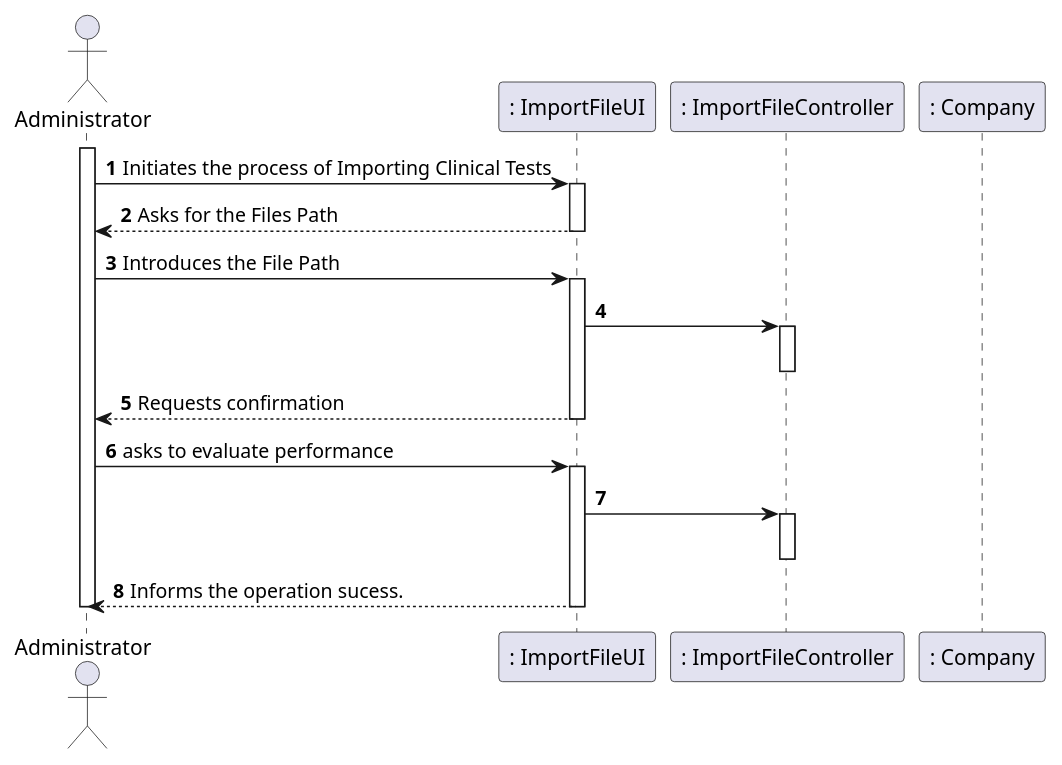
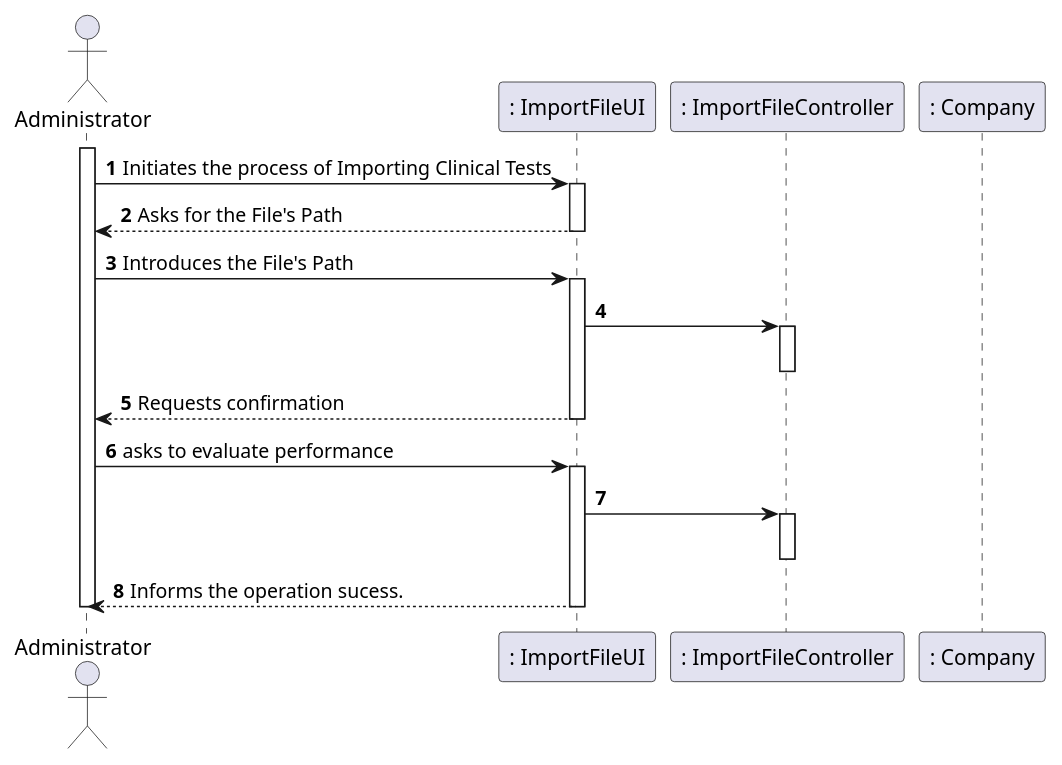
The diagram in docs/SprintD/US17/US17_SD.puml (manu-07-ela/LAPR2_ISEP), drawn with PlantUML before and after one commit. The commit also changed 4 other files, not shown here.

```diff
--- a/docs/SprintD/US17/US17_SD.puml
+++ b/docs/SprintD/US17/US17_SD.puml
@@ -1,36 +1,36 @@
 @startuml
 autonumber
 'hide footbox
 actor "Administrator" as ADMIN
 
 participant ": ImportFileUI" as UI
 participant ": ImportFileController" as CTRL
 participant ": Company" as COMP
 
 activate ADMIN
 ADMIN -> UI : Initiates the process of Importing Clinical Tests
 activate UI
-UI --> ADMIN : Asks for the Files Path
+UI --> ADMIN : Asks for the File's Path
 deactivate UI
 
-ADMIN -> UI : Introduces the File Path
+ADMIN -> UI : Introduces the File's Path
 activate UI
 UI -> CTRL :
 activate CTRL
 deactivate CTRL
 UI --> ADMIN : Requests confirmation
 deactivate UI
 
 ADMIN -> UI : asks to evaluate performance
 activate UI
 UI -> CTRL :
 activate CTRL
 deactivate CTRL
 UI --> ADMIN : Informs the operation sucess.
 deactivate UI
 
 
 
 deactivate ADMIN
 
 @enduml
```
